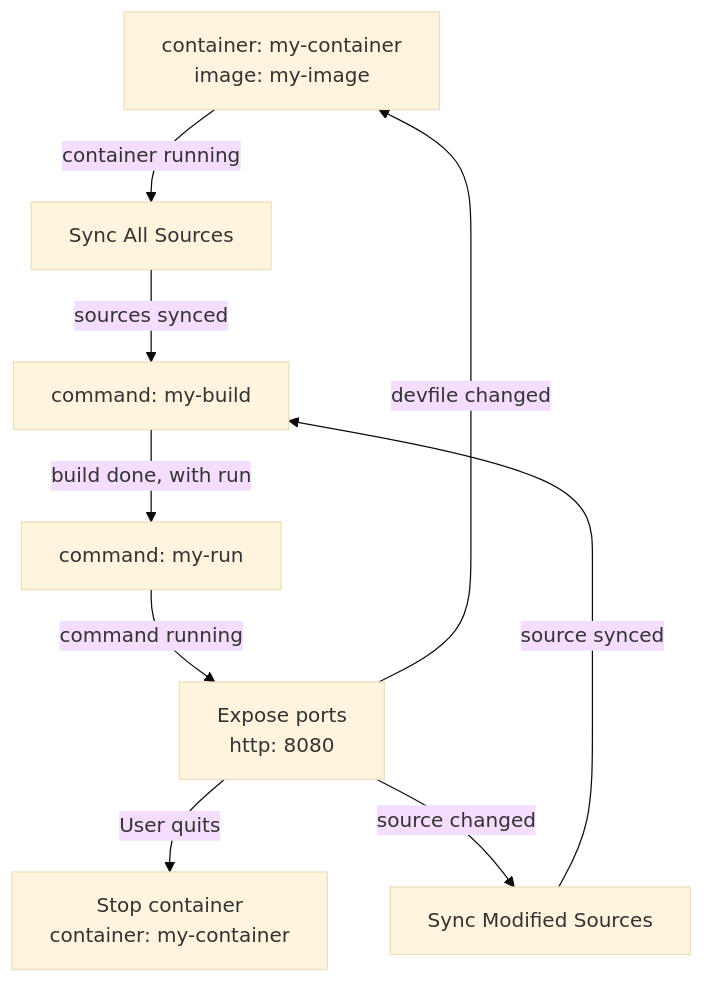
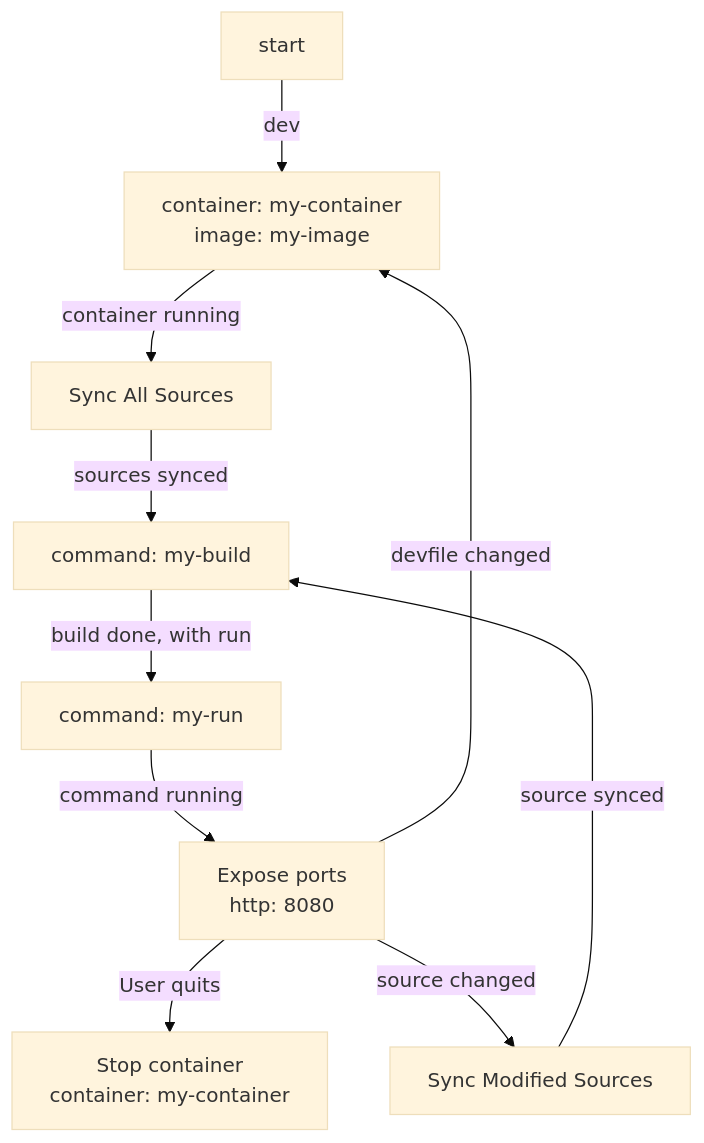
Before and after one commit to feloy/devfile-lifecycle: the diagram in pkg/graph/graphs/container-build-run.md, drawn with Mermaid (base theme). The commit also changed 10 other files, not shown here.

````diff
--- a/pkg/graph/graphs/container-build-run.md
+++ b/pkg/graph/graphs/container-build-run.md
@@ -1,18 +1,20 @@
 ```mermaid
 graph TB
 my-container["container: my-container<br/>image: my-image"]
 my-build["command: my-build"]
 my-container-my-run-expose["Expose ports<br/>http: 8080"]
 my-container-stop["Stop container<br/>container: my-container"]
 my-run["command: my-run"]
+start["start"]
 sync-all-my-container["Sync All Sources"]
 sync-modified-my-container["Sync Modified Sources"]
+start -->|"dev"| my-container
 my-container -->|"container running"| sync-all-my-container
 sync-all-my-container -->|"sources synced"| my-build
 my-build -->|"build done, with run"| my-run
 my-run -->|"command running"| my-container-my-run-expose
 my-container-my-run-expose -->|"User quits"| my-container-stop
 my-container-my-run-expose -->|"source changed"| sync-modified-my-container
 sync-modified-my-container -->|"source synced"| my-build
 my-container-my-run-expose -->|"devfile changed"| my-container
 ```
````
